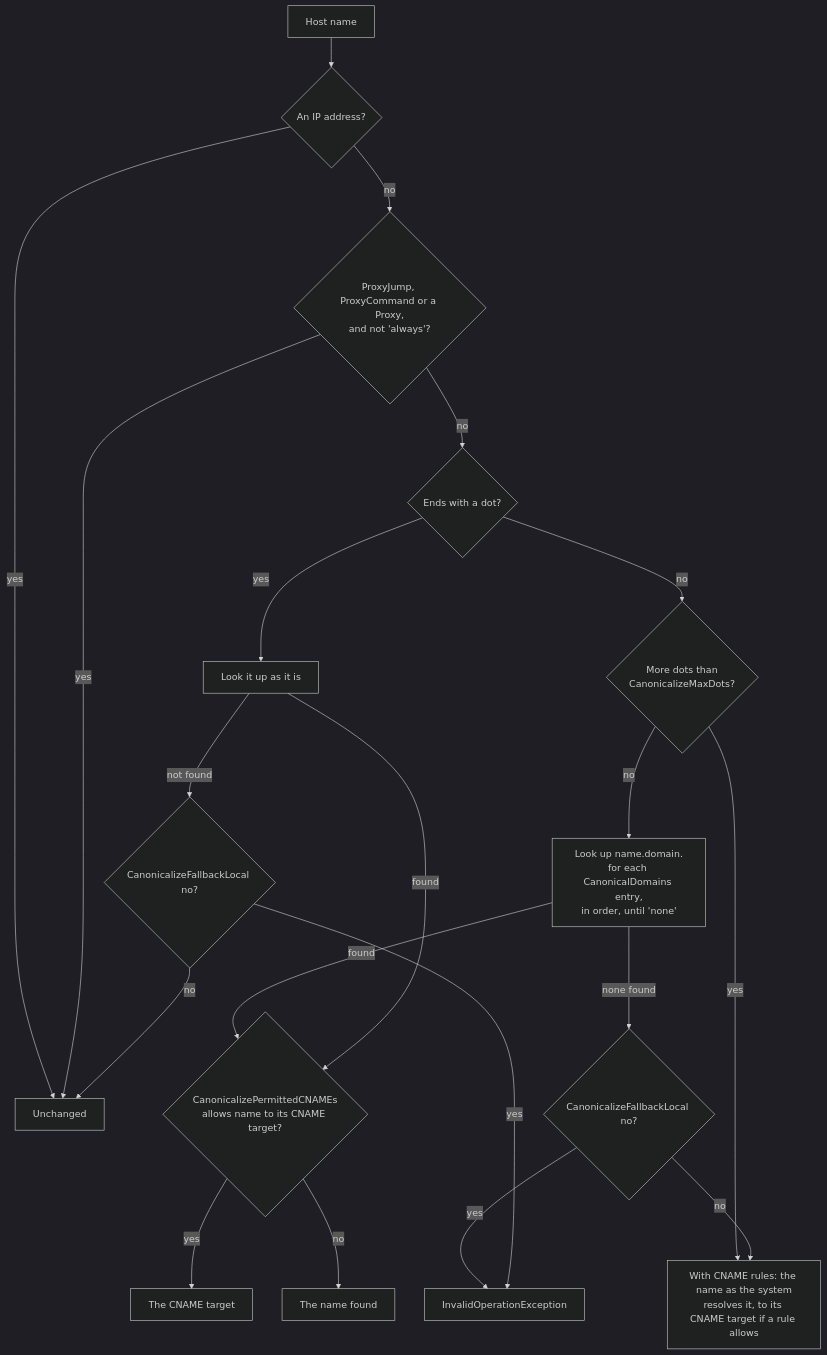
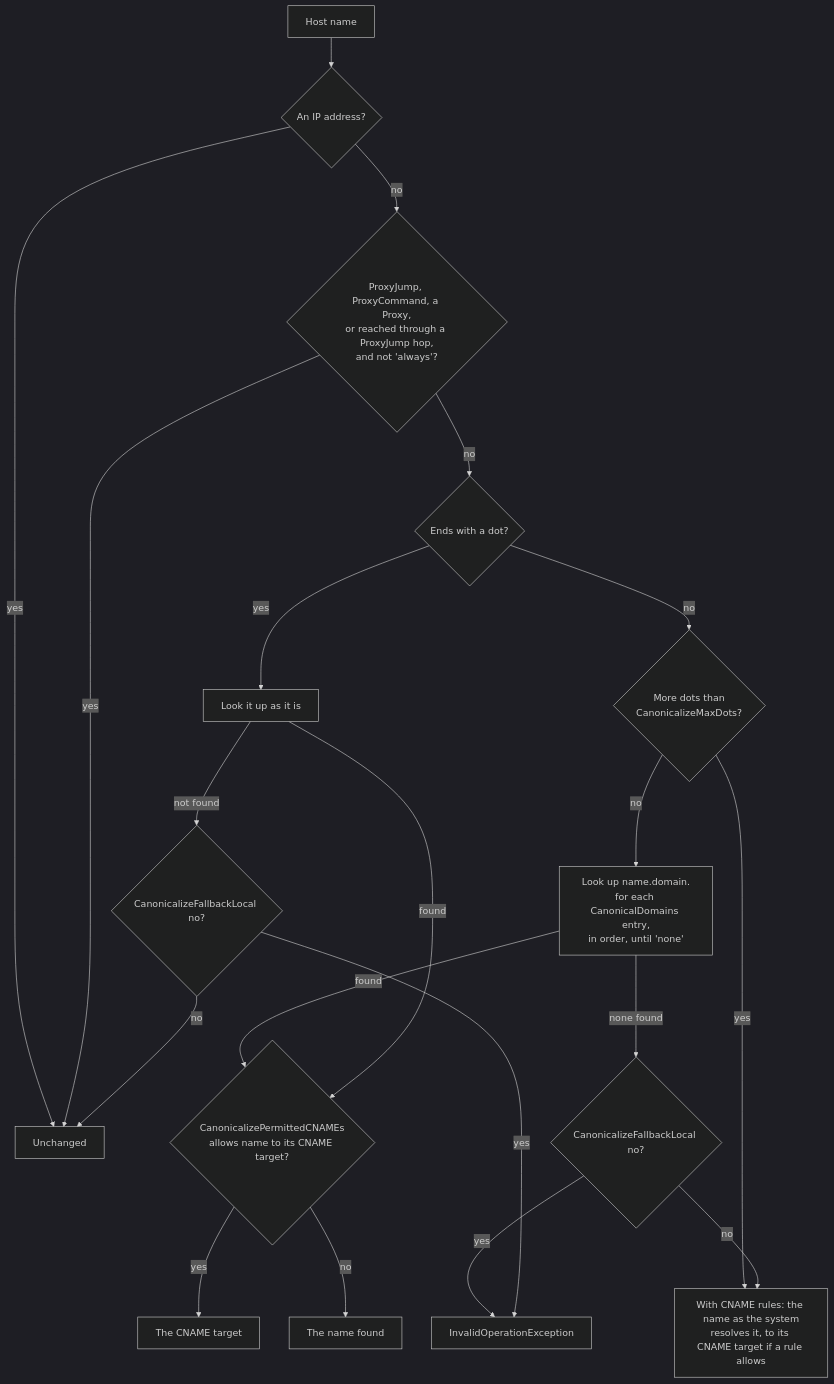
One commit to zcsizmadia/SshSharp changed the diagram in docs/config-files.md. Above: the diagram before and after it, drawn with Mermaid (dark theme). The commit also changed 35 other files, not shown here.

````diff
--- a/docs/config-files.md
+++ b/docs/config-files.md
@@ -49,22 +49,22 @@
 ```mermaid
 flowchart TD
     start["Host name"] --> addr{"An IP address?"}
     addr -- yes --> keep["Unchanged"]
-    addr -- no --> proxy{"ProxyJump, ProxyCommand or a Proxy,<br/>and not 'always'?"}
+    addr -- no --> proxy{"ProxyJump, ProxyCommand, a Proxy,<br/>or reached through a ProxyJump hop,<br/>and not 'always'?"}
     proxy -- yes --> keep
     proxy -- no --> dot{"Ends with a dot?"}
     dot -- yes --> anchored["Look it up as it is"]
     dot -- no --> dots{"More dots than<br/>CanonicalizeMaxDots?"}
     dots -- yes --> bare
     dots -- no --> domains["Look up name.domain.<br/>for each CanonicalDomains entry,<br/>in order, until 'none'"]
     domains -- found --> cname{"CanonicalizePermittedCNAMEs<br/>allows name to its CNAME target?"}
     anchored -- found --> cname
     cname -- yes --> target["The CNAME target"]
     cname -- no --> found["The name found"]
     domains -- "none found" --> fallback{"CanonicalizeFallbackLocal no?"}
     anchored -- "not found" --> anchoredFallback{"CanonicalizeFallbackLocal no?"}
     fallback -- yes --> fail["InvalidOperationException"]
     anchoredFallback -- yes --> fail
     anchoredFallback -- no --> keep
     fallback -- no --> bare["With CNAME rules: the name as the system<br/>resolves it, to its CNAME target if a rule allows"]
 ```
````
